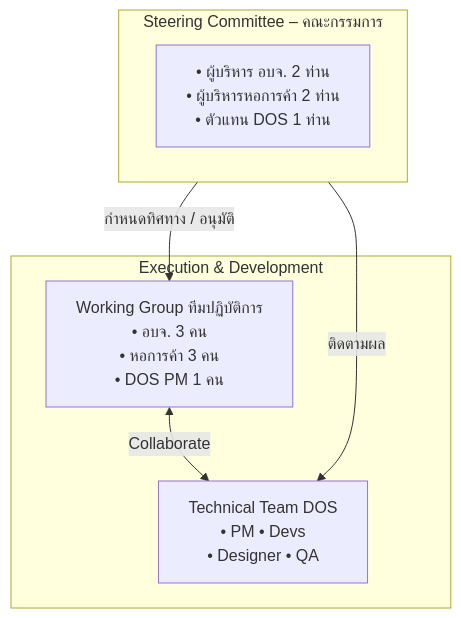
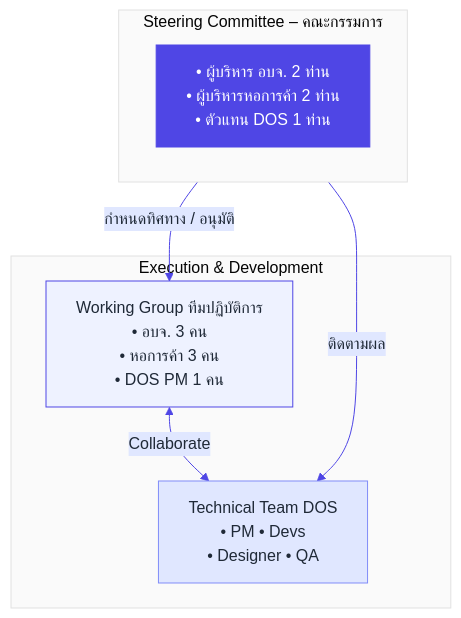
One commit to tlejay/Kuekan changed the second of 5 diagrams in 01 Proposals/Proposal_KueKan_PAO_NCC_McKinsey-Shorten.md. Above: the diagram before and after it, drawn with Mermaid. The commit also changed other lines of this file and 1 other file, not shown here.

````diff
--- a/01 Proposals/Proposal_KueKan_PAO_NCC_McKinsey-Shorten.md
+++ b/01 Proposals/Proposal_KueKan_PAO_NCC_McKinsey-Shorten.md
@@ -210,15 +218,20 @@
 ```mermaid
+%%{init: {'theme': 'base', 'themeVariables': { 'primaryColor': '#EEF2FF', 'primaryTextColor': '#1F2937', 'primaryBorderColor': '#4F46E5', 'lineColor': '#4F46E5', 'secondaryColor': '#E0E7FF', 'tertiaryColor': '#FAFAFA', 'fontFamily': 'IBM Plex Sans Thai, Inter, sans-serif'}}}%%
 graph TD
     subgraph Steering [Steering Committee – คณะกรรมการ]
         SC_Members[• ผู้บริหาร อบจ. 2 ท่าน<br/>• ผู้บริหารหอการค้า 2 ท่าน<br/>• ตัวแทน DOS 1 ท่าน]
     end
 
     subgraph Execution [Execution & Development]
         WG[Working Group ทีมปฏิบัติการ<br/>• อบจ. 3 คน<br/>• หอการค้า 3 คน<br/>• DOS PM 1 คน]
         Tech[Technical Team DOS<br/>• PM • Devs<br/>• Designer • QA]
     end
 
     Steering -->|กำหนดทิศทาง / อนุมัติ| WG
     Steering -->|ติดตามผล| Tech
     WG <--> |Collaborate| Tech
+
+    style SC_Members fill:#4F46E5,stroke:#4F46E5,color:#fff
+    style WG fill:#EEF2FF,stroke:#4F46E5
+    style Tech fill:#E0E7FF,stroke:#818CF8
 ```
````
